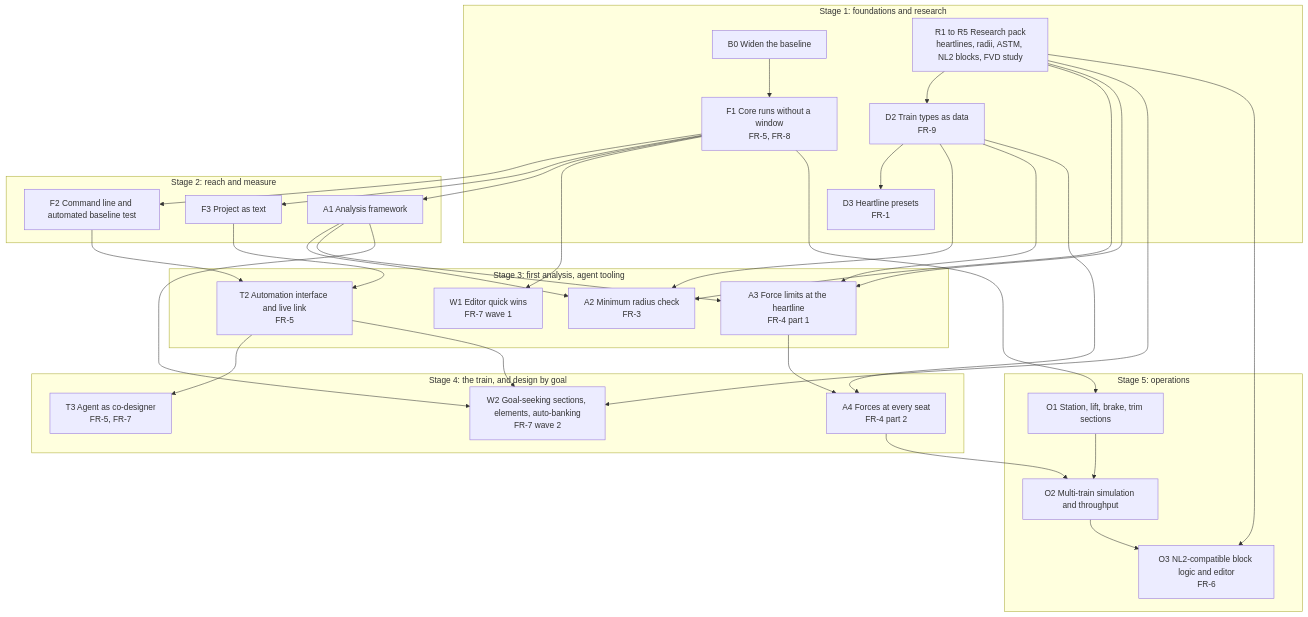
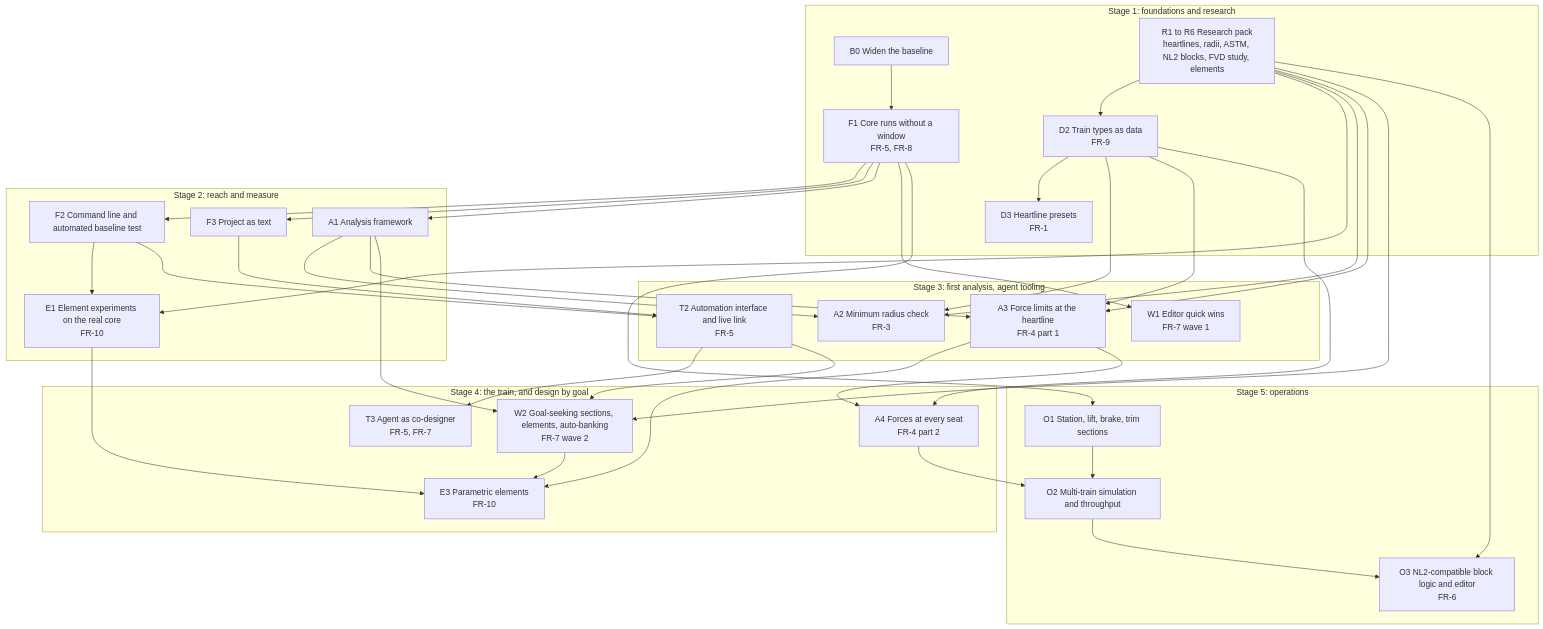
One commit to mbuck21/openFVD changed the diagram in docs/roadmap.md. Above: the diagram before and after it, drawn with Mermaid. The commit also changed other lines of this file and 1 other file, not shown here.

Commit message:
Add FR-10, parametric elements, to the feature list and the roadmap
The owner's request of 2026-11-10 (issue 28): elements such as a
camelback hill defined by a few numbers. Research and thinking (R6)
join Stage 1; the experiments on the real core are E1 in Stage 2; the
build is E3 in Stage 4, on the goal-seeking solver.

````diff
--- a/docs/roadmap.md
+++ b/docs/roadmap.md
@@ -17,49 +17,56 @@
 ```mermaid
 flowchart TD
     subgraph S1[Stage 1: foundations and research]
         B0[B0 Widen the baseline]
         F1[F1 Core runs without a window<br/>FR-5, FR-8]
-        R[R1 to R5 Research pack<br/>heartlines, radii, ASTM, NL2 blocks, FVD study]
+        R[R1 to R6 Research pack<br/>heartlines, radii, ASTM, NL2 blocks, FVD study, elements]
         D2[D2 Train types as data<br/>FR-9]
         D3[D3 Heartline presets<br/>FR-1]
     end
     subgraph S2[Stage 2: reach and measure]
         F2[F2 Command line and automated baseline test]
         F3[F3 Project as text]
         A1[A1 Analysis framework]
+        E1[E1 Element experiments on the real core<br/>FR-10]
     end
     subgraph S3[Stage 3: first analysis, agent tooling]
         T2[T2 Automation interface and live link<br/>FR-5]
         A2[A2 Minimum radius check<br/>FR-3]
         A3[A3 Force limits at the heartline<br/>FR-4 part 1]
         W1[W1 Editor quick wins<br/>FR-7 wave 1]
     end
     subgraph S4[Stage 4: the train, and design by goal]
         A4[A4 Forces at every seat<br/>FR-4 part 2]
         W2[W2 Goal-seeking sections, elements, auto-banking<br/>FR-7 wave 2]
         T3[T3 Agent as co-designer<br/>FR-5, FR-7]
+        E3[E3 Parametric elements<br/>FR-10]
     end
     subgraph S5[Stage 5: operations]
         O1[O1 Station, lift, brake, trim sections]
         O2[O2 Multi-train simulation and throughput]
         O3[O3 NL2-compatible block logic and editor<br/>FR-6]
     end
     B0 --> F1
     R --> D2 --> D3
     F1 --> F2 & F3 & A1
+    F2 --> E1
+    R --> E1
+    E1 --> E3
+    W2 --> E3
+    A3 --> E3
     F2 --> T2
     F3 --> T2
     A1 --> A2 & A3
     D2 --> A2 & A3
     R --> A2 & A3
     F1 --> W1
     A3 --> A4
     D2 --> A4
     T2 --> T3
     A1 --> W2
     T2 --> W2
     R --> W2
     A4 --> O2
     F1 --> O1 --> O2 --> O3
     R --> O3
 ```
````
